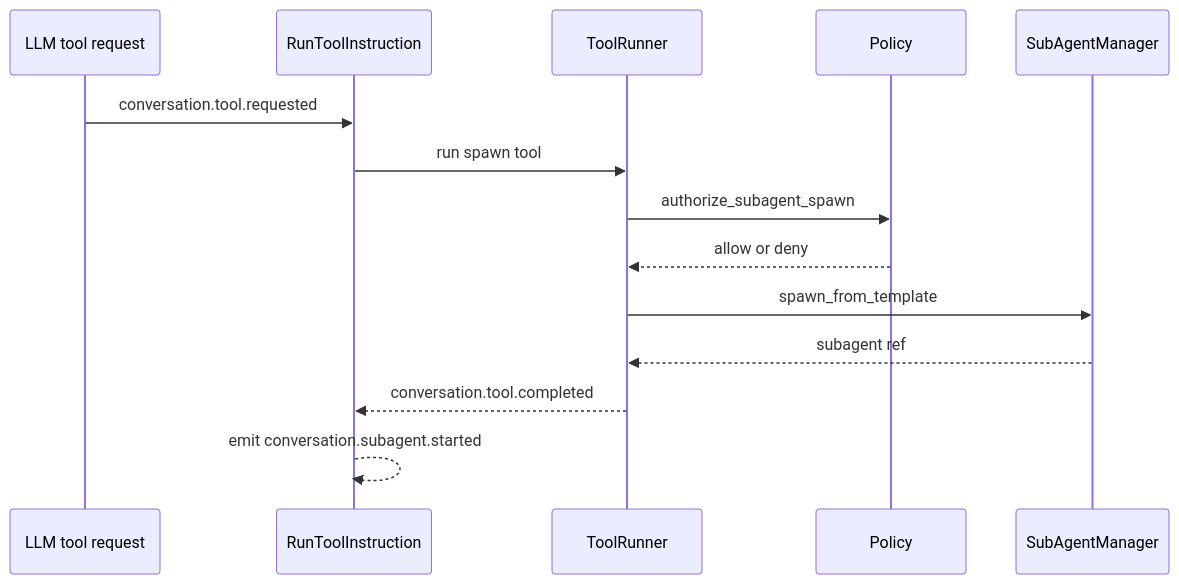
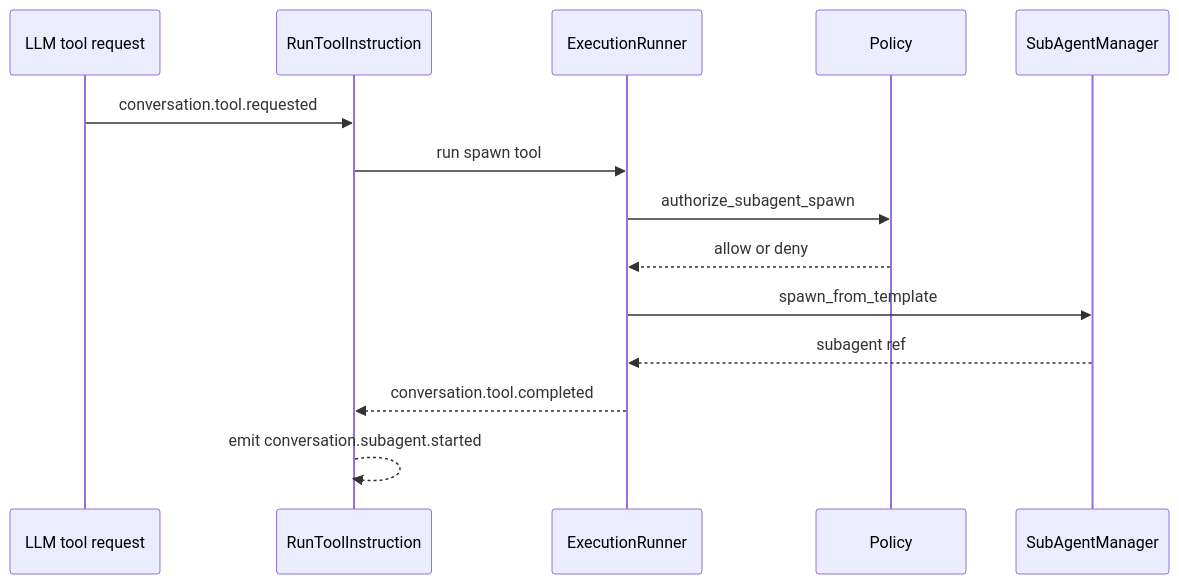
Before and after one commit to pcharbon70/jido_code_server: the diagram in docs/developer/07-subagent-runtime.md, drawn with Mermaid. The commit also changed 20 other files, not shown here.

Commit message:
rename ToolRunner to ExecutionRunner

````diff
--- a/docs/developer/07-subagent-runtime.md
+++ b/docs/developer/07-subagent-runtime.md
@@ -28,17 +28,17 @@
 ```mermaid
 sequenceDiagram
     participant LLM as LLM tool request
     participant RT as RunToolInstruction
-    participant TR as ToolRunner
+    participant TR as ExecutionRunner
     participant P as Policy
     participant SAM as SubAgentManager
 
     LLM->>RT: conversation.tool.requested
     RT->>TR: run spawn tool
     TR->>P: authorize_subagent_spawn
     P-->>TR: allow or deny
     TR->>SAM: spawn_from_template
     SAM-->>TR: subagent ref
     TR-->>RT: conversation.tool.completed
     RT-->>RT: emit conversation.subagent.started
 ```
````
